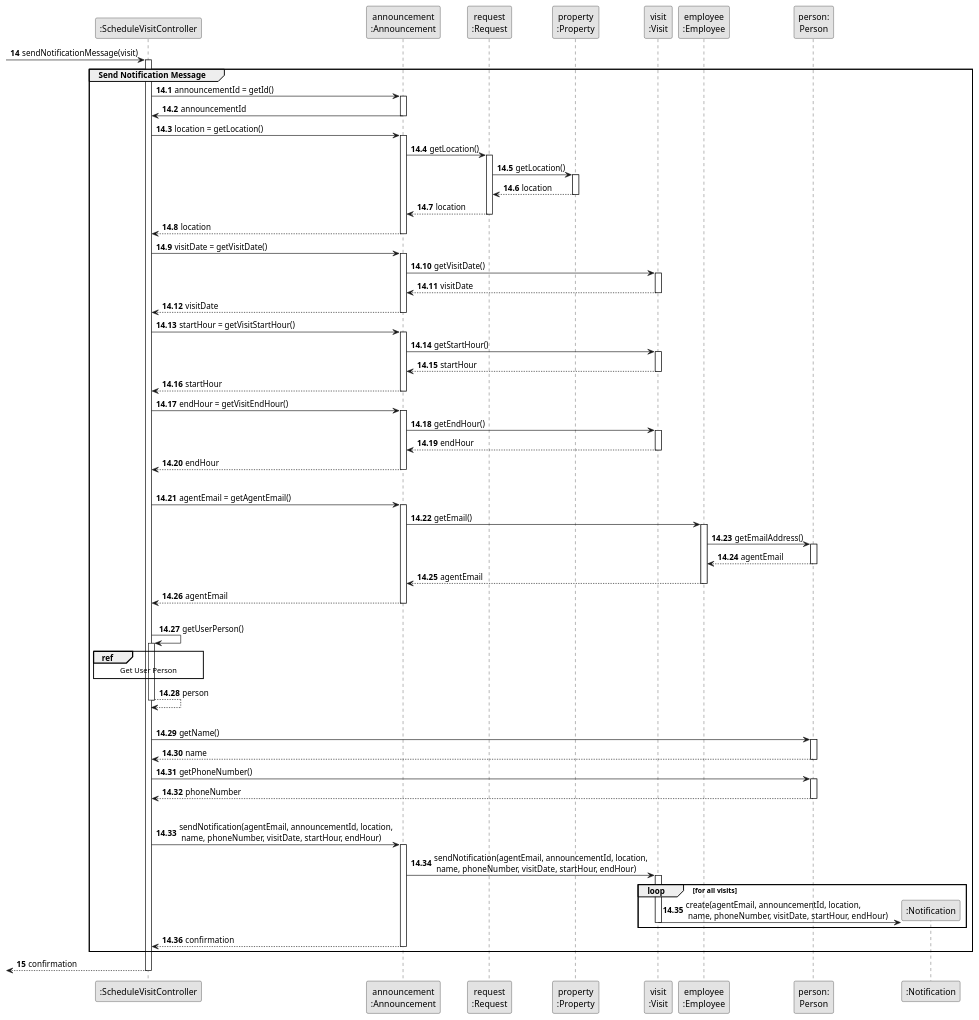
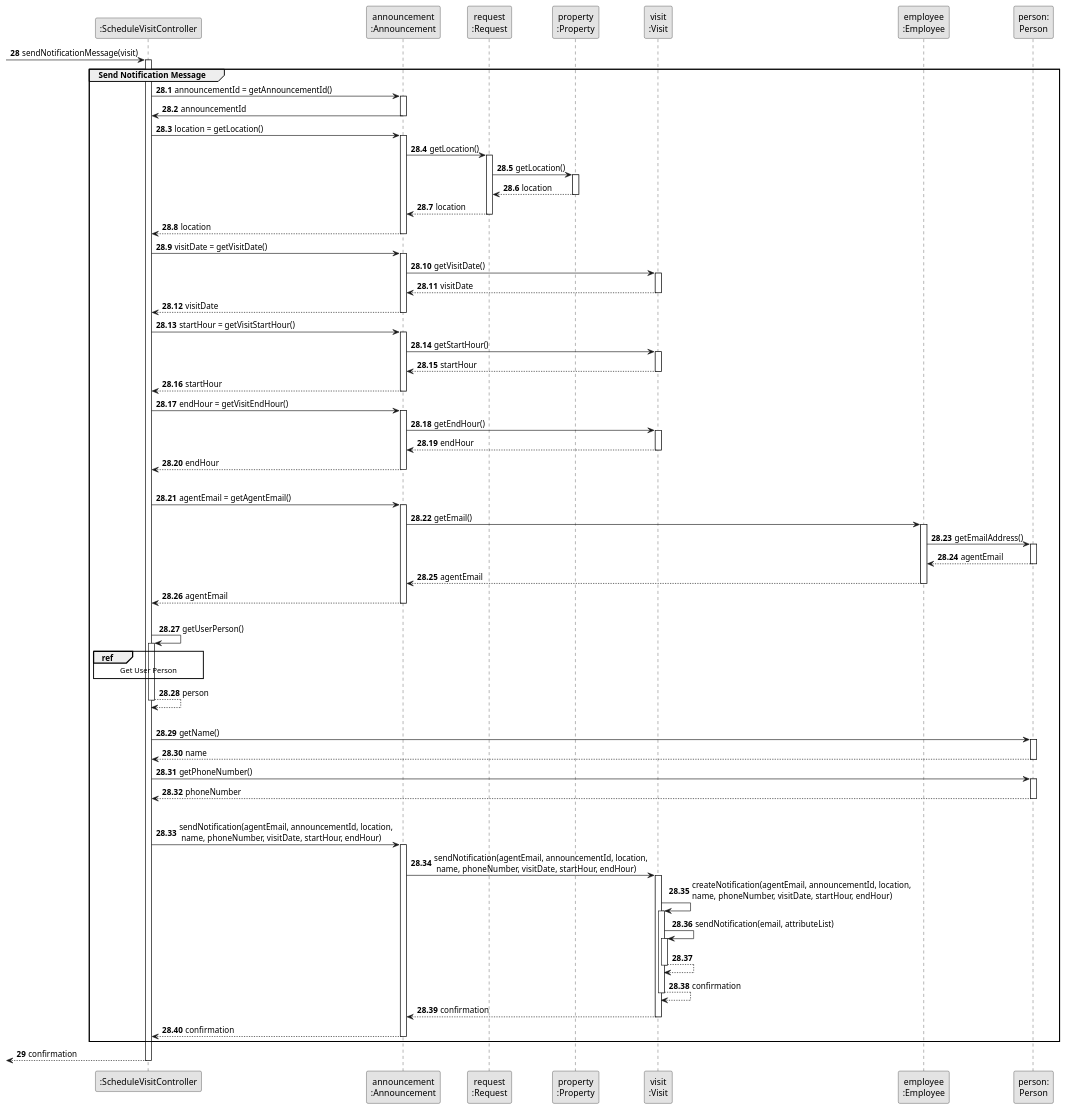
Before and after one commit to rita-barbosa/LAPR2-2223: the diagram in docs/sprintC/us009/03.design/puml/us009-sequence-diagram-partial-send-notification-message.puml, drawn with PlantUML. The commit also changed 5 other files, not shown here.

Commit message:
Visit Notification related partial SDs + SVG update [US009] [Design]

```diff
--- a/docs/sprintC/us009/03.design/puml/us009-sequence-diagram-partial-send-notification-message.puml
+++ b/docs/sprintC/us009/03.design/puml/us009-sequence-diagram-partial-send-notification-message.puml
@@ -1,148 +1,157 @@
 @startuml
 skinparam monochrome true
 skinparam packageStyle rectangle
 skinparam shadowing false
 
 
 participant ":ScheduleVisitController" as CTRL
 participant "announcement\n:Announcement" as ANNOUNCE
 participant "request\n:Request" as REQUEST
 participant "property\n:Property" as PROPERTY
 participant "visit\n:Visit" as VST
 participant "employee\n:Employee" as EMP
 participant "person:\nPerson" as PERSON
-participant ":Notification" as NTF
+'participant ":Notification" as NTF
 
-autonumber 14
+autonumber 28
 
  -> CTRL : sendNotificationMessage(visit)
 
 activate CTRL
 
-    autonumber 14.1
+    autonumber 28.1
 
     group Send Notification Message
 
-        CTRL -> ANNOUNCE : announcementId = getId()
+        CTRL -> ANNOUNCE : announcementId = getAnnouncementId()
         activate ANNOUNCE
 
             ANNOUNCE ->  CTRL : announcementId
         deactivate ANNOUNCE
 
         CTRL -> ANNOUNCE : location = getLocation()
         activate ANNOUNCE
 
             ANNOUNCE ->  REQUEST : getLocation()
             activate REQUEST
 
                 REQUEST -> PROPERTY : getLocation()
                 activate PROPERTY
 
                     PROPERTY --> REQUEST : location
                 deactivate PROPERTY
 
                 REQUEST --> ANNOUNCE : location
             deactivate REQUEST
 
              ANNOUNCE --> CTRL : location
         deactivate ANNOUNCE
 
         CTRL -> ANNOUNCE : visitDate = getVisitDate()
         activate ANNOUNCE
 
             ANNOUNCE ->  VST : getVisitDate()
             activate VST
 
                 VST --> ANNOUNCE : visitDate
             deactivate VST
              ANNOUNCE --> CTRL : visitDate
         deactivate ANNOUNCE
 
         CTRL -> ANNOUNCE : startHour = getVisitStartHour()
         activate ANNOUNCE
 
             ANNOUNCE ->  VST : getStartHour()
             activate VST
 
                 VST --> ANNOUNCE : startHour
             deactivate VST
              ANNOUNCE --> CTRL : startHour
         deactivate ANNOUNCE
 
         CTRL -> ANNOUNCE : endHour = getVisitEndHour()
         activate ANNOUNCE
 
             ANNOUNCE ->  VST : getEndHour()
             activate VST
 
                 VST --> ANNOUNCE : endHour
             deactivate VST
              ANNOUNCE --> CTRL : endHour
         deactivate ANNOUNCE
 
         |||
         CTRL -> ANNOUNCE: agentEmail = getAgentEmail()
         activate ANNOUNCE
 
         ANNOUNCE -> EMP : getEmail()
         activate EMP
 
         EMP -> PERSON : getEmailAddress()
         activate PERSON
 
            PERSON --> EMP : agentEmail
         deactivate PERSON
 
            EMP --> ANNOUNCE : agentEmail
         deactivate EMP
 
            ANNOUNCE --> CTRL : agentEmail
         deactivate ANNOUNCE
 
    |||
        CTRL -> CTRL : getUserPerson()
        activate CTRL
            ref over CTRL
                Get User Person
            end ref
            CTRL --> CTRL : person
        deactivate CTRL
 |||
         CTRL -> PERSON : getName()
         activate PERSON
 
             PERSON --> CTRL : name
         deactivate PERSON
 
 
         CTRL -> PERSON : getPhoneNumber()
         activate PERSON
 
             PERSON --> CTRL : phoneNumber
         deactivate PERSON
 
     |||
         CTRL -> ANNOUNCE : sendNotification(agentEmail, announcementId, location,\n name, phoneNumber, visitDate, startHour, endHour)
         activate ANNOUNCE
 
         ANNOUNCE -> VST : sendNotification(agentEmail, announcementId, location,\n name, phoneNumber, visitDate, startHour, endHour)
 
-        loop for all visits
+        activate VST
 
-            activate VST
+        VST -> VST : createNotification(agentEmail, announcementId, location, \nname, phoneNumber, visitDate, startHour, endHour)
 
-                VST -> NTF** : create(agentEmail, announcementId, location,\n name, phoneNumber, visitDate, startHour, endHour)
-            deactivate VST
+        activate VST
 
-        end loop
+        VST -> VST : sendNotification(email, attributeList)
+        activate VST
 
-        ANNOUNCE --> CTRL : confirmation
+            VST --> VST
+        deactivate VST
+
+            VST --> VST : confirmation
+        deactivate VST
+
+            VST --> ANNOUNCE : confirmation
+        deactivate VST
+
+            ANNOUNCE --> CTRL : confirmation
         deactivate ANNOUNCE
     end group
 
-    autonumber 15
+    autonumber 29
 
     <-- CTRL  : confirmation
 deactivate CTRL
 
 @enduml
```
